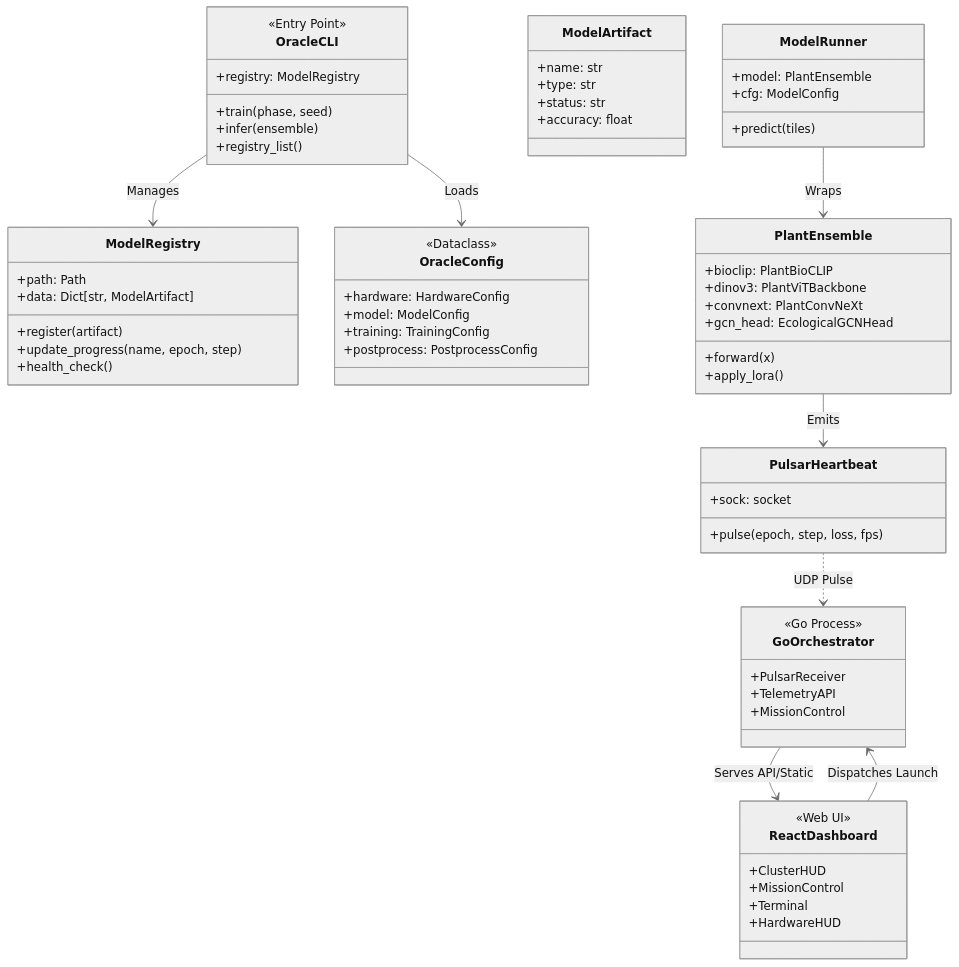
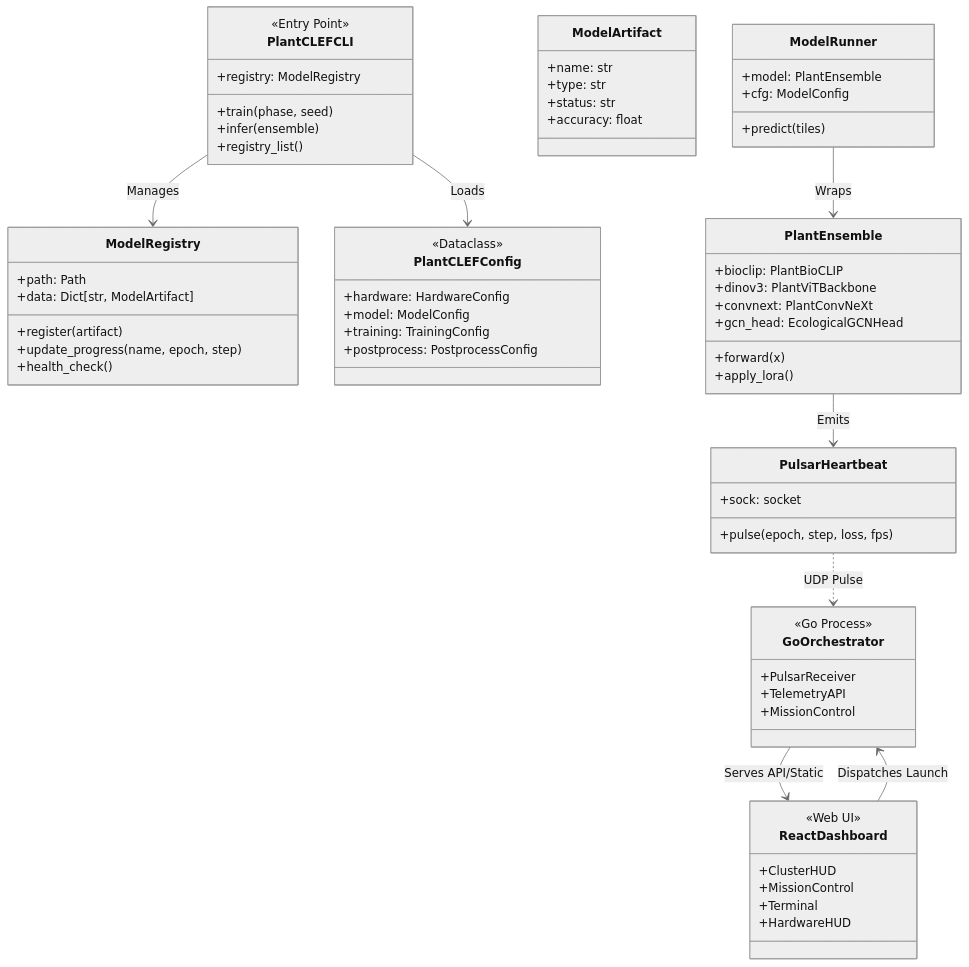
Before and after one commit to razeenwasif/plantclef: the first of 2 diagrams in docs/ARCHITECTURE_UML.md, drawn with Mermaid (neutral theme). The commit also changed other lines of this file and 938 other files, not shown here.

````diff
--- a/docs/ARCHITECTURE_UML.md
+++ b/docs/ARCHITECTURE_UML.md
@@ -7,79 +7,79 @@
 ```mermaid
 classDiagram
     %% --- PLATFORM ORCHESTRATION ---
-    class OracleCLI {
+    class PlantCLEFCLI {
         <<Entry Point>>
         +registry: ModelRegistry
         +train(phase, seed)
         +infer(ensemble)
         +registry_list()
     }
     class ModelRegistry {
         +path: Path
         +data: Dict[str, ModelArtifact]
         +register(artifact)
         +update_progress(name, epoch, step)
         +health_check()
     }
     class ModelArtifact {
         +name: str
         +type: str
         +status: str
         +accuracy: float
     }
-    class OracleConfig {
+    class PlantCLEFConfig {
         <<Dataclass>>
         +hardware: HardwareConfig
         +model: ModelConfig
         +training: TrainingConfig
         +postprocess: PostprocessConfig
     }
 
     %% --- ENGINES & BUILDERS ---
     class ModelRunner {
         +model: PlantEnsemble
         +cfg: ModelConfig
         +predict(tiles)
     }
     class PulsarHeartbeat {
         +sock: socket
         +pulse(epoch, step, loss, fps)
     }
 
     %% --- MODEL ARCHITECTURE ---
     class PlantEnsemble {
         +bioclip: PlantBioCLIP
         +dinov3: PlantViTBackbone
         +convnext: PlantConvNeXt
         +gcn_head: EcologicalGCNHead
         +forward(x)
         +apply_lora()
     }
 
     %% --- TELEMETRY & DASHBOARD ---
     class GoOrchestrator {
         <<Go Process>>
         +PulsarReceiver
         +TelemetryAPI
         +MissionControl
     }
     class ReactDashboard {
         <<Web UI>>
         +ClusterHUD
         +MissionControl
         +Terminal
         +HardwareHUD
     }
 
     %% --- RELATIONSHIPS ---
-    OracleCLI --> OracleConfig : Loads
-    OracleCLI --> ModelRegistry : Manages
+    PlantCLEFCLI --> PlantCLEFConfig : Loads
+    PlantCLEFCLI --> ModelRegistry : Manages
     
     PlantEnsemble --> PulsarHeartbeat : Emits
     PulsarHeartbeat ..> GoOrchestrator : UDP Pulse
     
     GoOrchestrator --> ReactDashboard : Serves API/Static
     ReactDashboard --> GoOrchestrator : Dispatches Launch
     
     ModelRunner --> PlantEnsemble : Wraps
 ```
````
